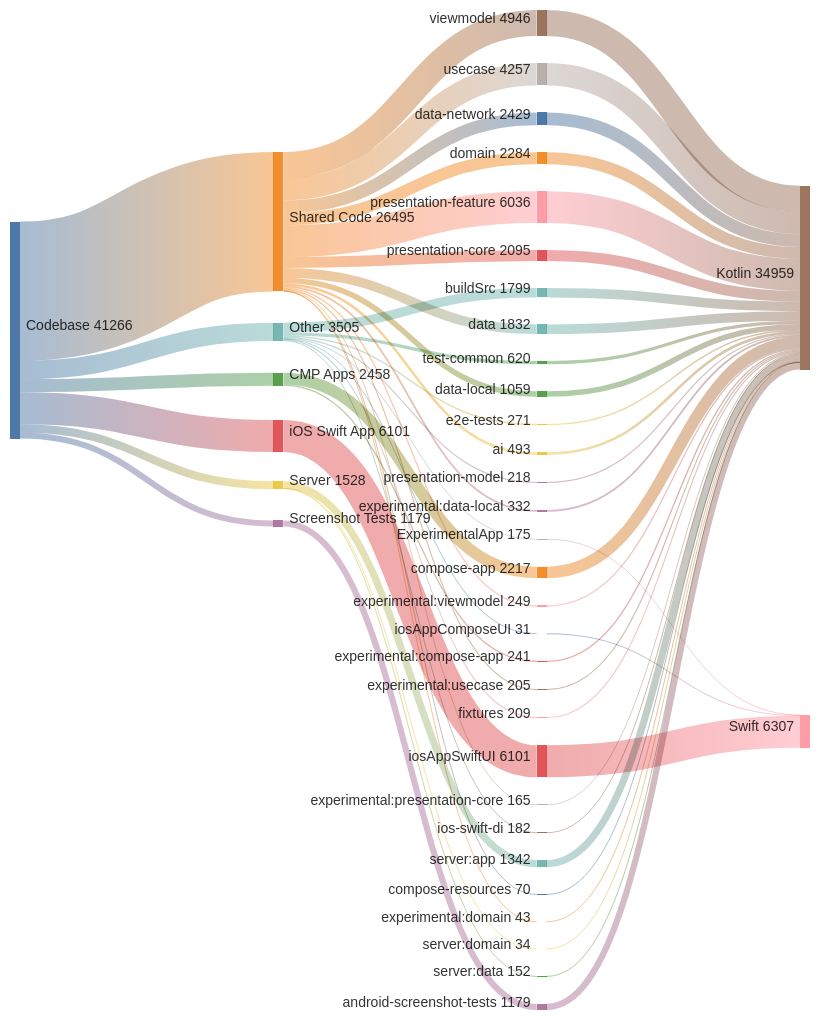
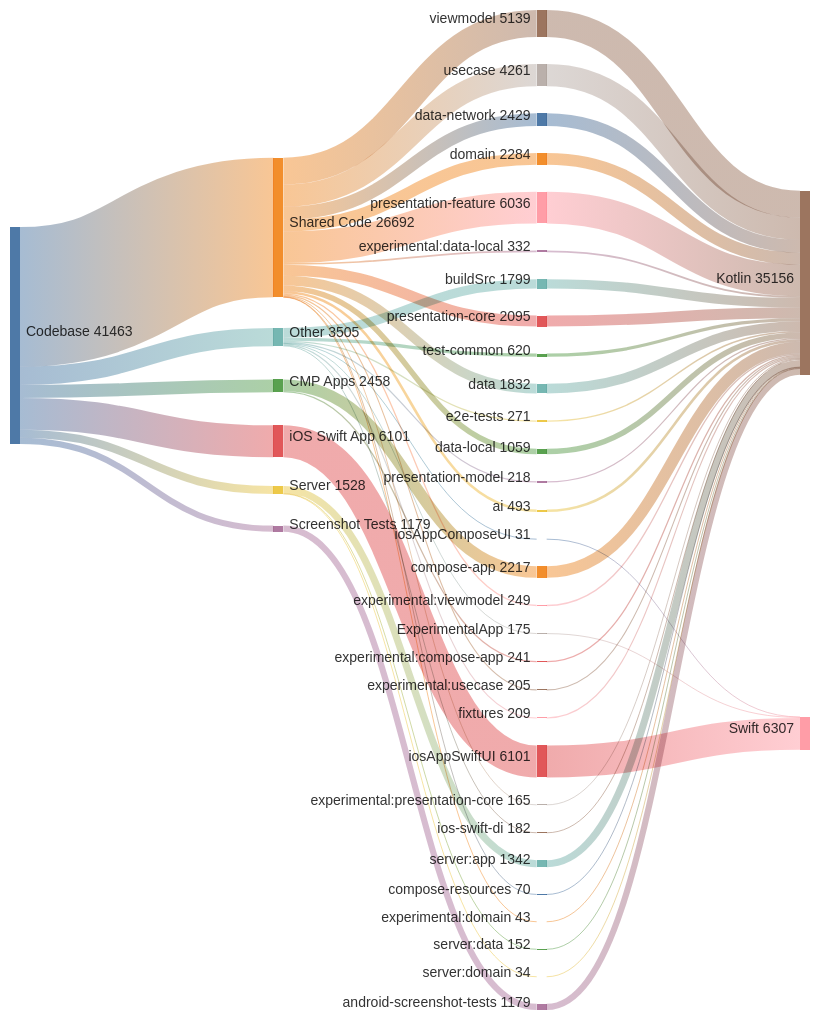
The second of 2 diagrams in README.md (cartland/battery-butler), drawn with Mermaid before and after one commit. The commit also changed 2 other files, not shown here.

Commit message:
docs(generated): Regenerate architecture diagrams and analysis (#1007)

```diff
--- a/README.md
+++ b/README.md
@@ -213,7 +213,7 @@
 %% GENERATED FILE - DO NOT EDIT
 sankey-beta
 
-Codebase,Shared Code,26495
+Codebase,Shared Code,26692
 Codebase,iOS Swift App,6101
 Codebase,Other,3505
 Codebase,CMP Apps,2458
@@ -221,8 +221,8 @@
 Codebase,Screenshot Tests,1179
 
 Shared Code,presentation-feature,6036
-Shared Code,viewmodel,4946
-Shared Code,usecase,4257
+Shared Code,viewmodel,5139
+Shared Code,usecase,4261
 Shared Code,data-network,2429
 Shared Code,domain,2284
 Shared Code,presentation-core,2095
@@ -258,8 +258,8 @@
 
 iosAppSwiftUI,Swift,6101
 presentation-feature,Kotlin,6036
-viewmodel,Kotlin,4946
-usecase,Kotlin,4257
+viewmodel,Kotlin,5139
+usecase,Kotlin,4261
 data-network,Kotlin,2429
 domain,Kotlin,2284
 compose-app,Kotlin,2217
```
